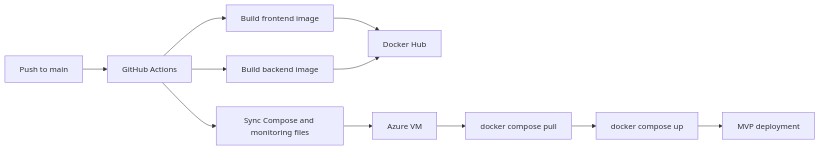
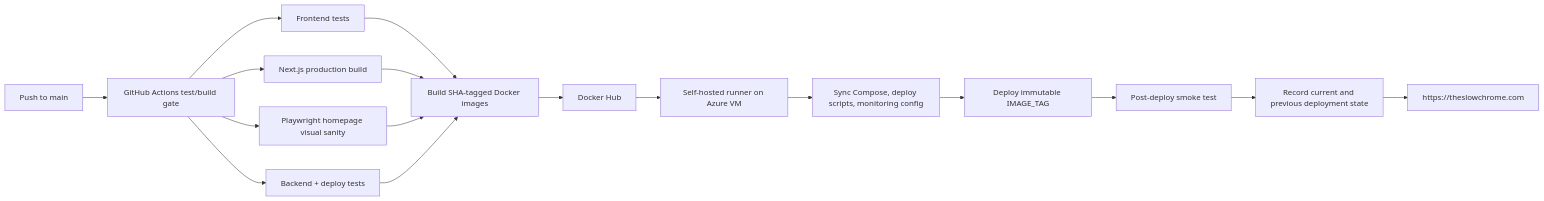
Before and after one commit to hzzcoding/SlowChrome-Showcase: the third of 4 diagrams in docs/technical-case-study.md, drawn with Mermaid. The commit also changed other lines of this file and 1 other file, not shown here.

Commit message:
docs: update showcase for production hardening

````diff
--- a/docs/technical-case-study.md
+++ b/docs/technical-case-study.md
@@ -90,13 +106,19 @@
 ```mermaid
 flowchart LR
-    push["Push to main"] --> actions["GitHub Actions"]
-    actions --> frontendImage["Build frontend image"]
-    actions --> backendImage["Build backend image"]
-    frontendImage --> dockerHub["Docker Hub"]
-    backendImage --> dockerHub
-    actions --> sync["Sync Compose and monitoring files"]
-    sync --> vm["Azure VM"]
-    vm --> pull["docker compose pull"]
-    pull --> up["docker compose up"]
-    up --> app["MVP deployment"]
+    push["Push to main"] --> gate["GitHub Actions test/build gate"]
+    gate --> unit["Frontend tests"]
+    gate --> build["Next.js production build"]
+    gate --> visual["Playwright homepage visual sanity"]
+    gate --> backendTests["Backend + deploy tests"]
+    unit --> images["Build SHA-tagged Docker images"]
+    build --> images
+    visual --> images
+    backendTests --> images
+    images --> dockerHub["Docker Hub"]
+    dockerHub --> runner["Self-hosted runner on Azure VM"]
+    runner --> sync["Sync Compose, deploy scripts, monitoring config"]
+    sync --> deploy["Deploy immutable IMAGE_TAG"]
+    deploy --> smoke["Post-deploy smoke test"]
+    smoke --> record["Record current and previous deployment state"]
+    record --> live["https://theslowchrome.com"]
 ```
````
